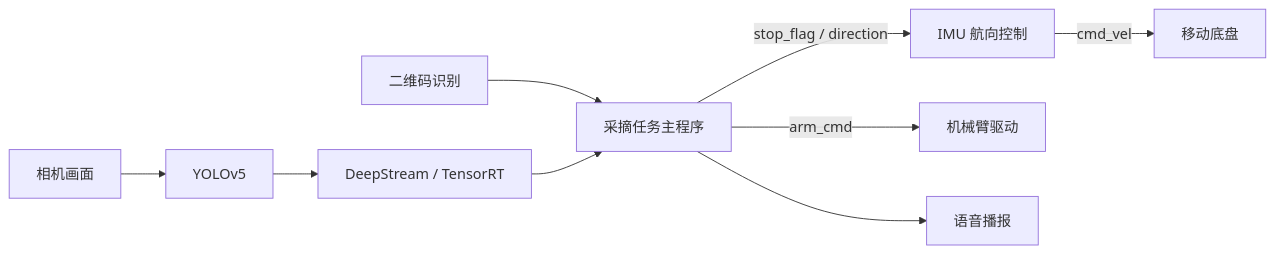
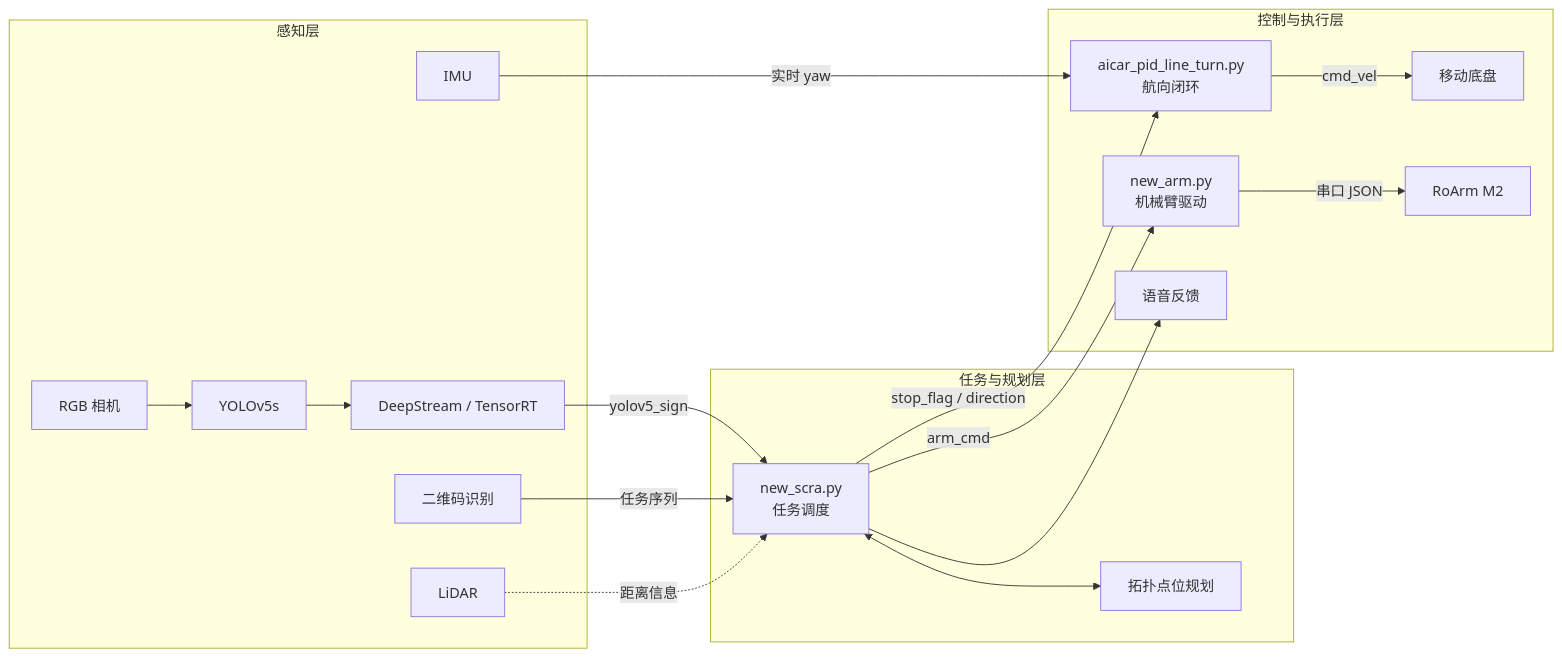
Before and after one commit to ciccicicii/ROS-pollinate-and-scratch: the diagram in README.md, drawn with Mermaid. The commit also changed other lines of this file and 3 other files, not shown here.

````diff
--- a/README.md
+++ b/README.md
@@ -15,11 +34,34 @@
 ```mermaid
 flowchart LR
-    QR[二维码识别] --> Mission[采摘任务主程序]
-    Camera[相机画面] --> YOLO[YOLOv5]
-    YOLO --> DS[DeepStream / TensorRT]
-    DS --> Mission
-    Mission -->|stop_flag / direction| IMU[IMU 航向控制]
-    IMU -->|cmd_vel| Base[移动底盘]
-    Mission -->|arm_cmd| Arm[机械臂驱动]
-    Mission --> Audio[语音播报]
+    subgraph Perception[感知层]
+        Camera[RGB 相机] --> YOLO[YOLOv5s]
+        YOLO --> DS[DeepStream / TensorRT]
+        QR[二维码识别]
+        IMUSensor[IMU]
+        Lidar[LiDAR]
+    end
+
+    subgraph Decision[任务与规划层]
+        Mission[new_scra.py<br/>任务调度]
+        Topology[拓扑点位规划]
+    end
+
+    subgraph Control[控制与执行层]
+        Heading[aicar_pid_line_turn.py<br/>航向闭环]
+        Base[移动底盘]
+        ArmDriver[new_arm.py<br/>机械臂驱动]
+        Arm[RoArm M2]
+        Audio[语音反馈]
+    end
+
+    DS -->|yolov5_sign| Mission
+    QR -->|任务序列| Mission
+    Lidar -.->|距离信息| Mission
+    Mission <--> Topology
+    Mission -->|stop_flag / direction| Heading
+    IMUSensor -->|实时 yaw| Heading
+    Heading -->|cmd_vel| Base
+    Mission -->|arm_cmd| ArmDriver
+    ArmDriver -->|串口 JSON| Arm
+    Mission --> Audio
 ```
````
